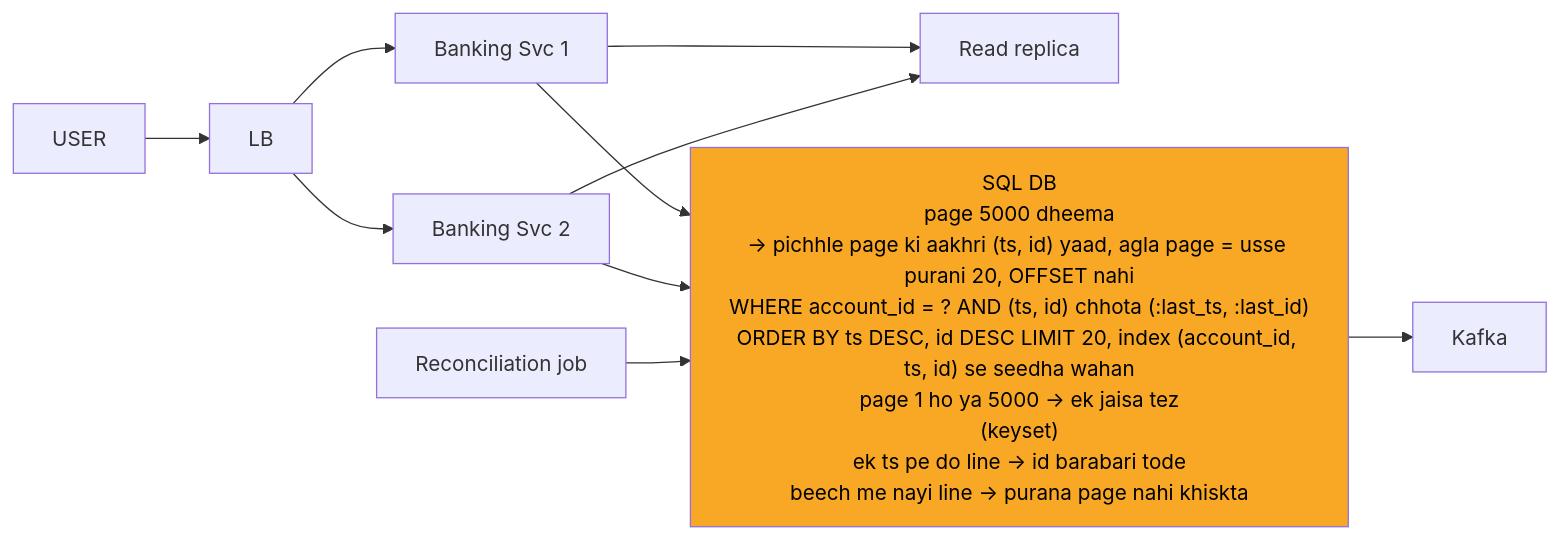
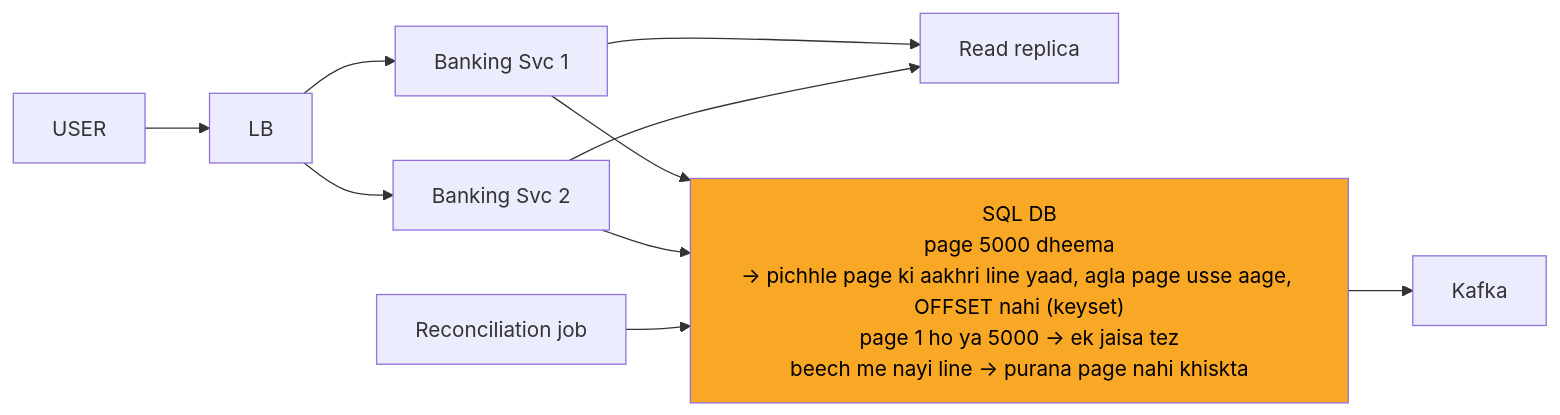
One commit to ArpanMaheshwari144/Prep changed the diagram in 04_HLD/SYSTEM_DESIGNS/13_banking_system/img/c10.mmd. Above: the diagram before and after it, drawn with Mermaid. The commit also changed 76 other files, not shown here.

```diff
--- a/04_HLD/SYSTEM_DESIGNS/13_banking_system/img/c10.mmd
+++ b/04_HLD/SYSTEM_DESIGNS/13_banking_system/img/c10.mmd
@@ -1,20 +1,20 @@
 %%{init: {"flowchart": {"wrappingWidth": 450}}}%%
 flowchart LR
     n_USER["USER"]
     n_LB["LB"]
     n_S1["Banking Svc 1"]
     n_S2["Banking Svc 2"]
     n_RR["Read replica"]
-    n_DB["SQL DB<br/>page 5000 dheema<br/>-> pichhle page ki aakhri (ts, id) yaad, agla page = usse purani 20, OFFSET nahi<br/>WHERE account_id = ? AND (ts, id) chhota (:last_ts, :last_id)<br/>ORDER BY ts DESC, id DESC LIMIT 20, index (account_id, ts, id) se seedha wahan<br/>page 1 ho ya 5000 -> ek jaisa tez<br/>(keyset)<br/>ek ts pe do line -> id barabari tode<br/>beech me nayi line -> purana page nahi khiskta"]
+    n_DB["SQL DB<br/>page 5000 dheema<br/>-> pichhle page ki aakhri line yaad, agla page usse aage, OFFSET nahi (keyset)<br/>page 1 ho ya 5000 -> ek jaisa tez<br/>beech me nayi line -> purana page nahi khiskta"]
     n_K["Kafka"]
     n_REC["Reconciliation job"]
     n_USER --> n_LB
     n_LB --> n_S1
     n_LB --> n_S2
     n_S1 --> n_RR
     n_S2 --> n_RR
     n_S1 --> n_DB
     n_S2 --> n_DB
     n_DB --> n_K
     n_REC --> n_DB
     style n_DB fill:#f9a825,color:#000
```
